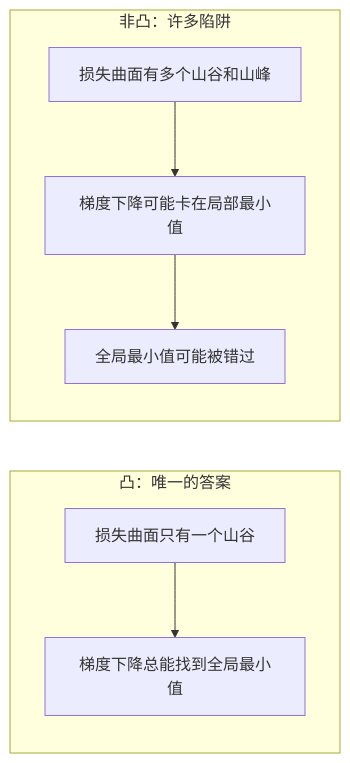
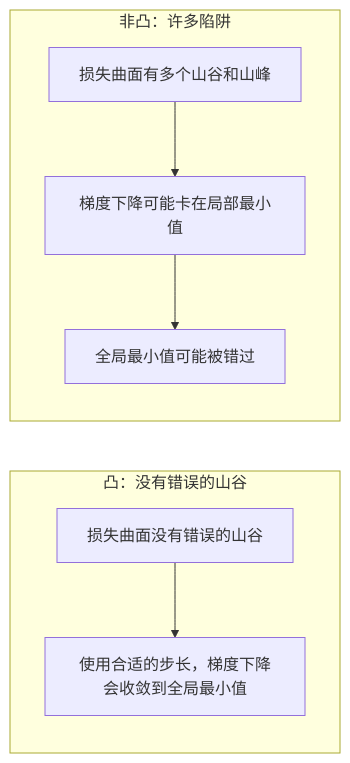
Before and after one commit to fancyboi999/ai-engineering-from-scratch-zh: the first of 4 diagrams in phases/01-math-foundations/18-convex-optimization/docs/zh.md, drawn with Mermaid. The commit also changed other lines of this file and 1619 other files, not shown here.

````diff
--- a/phases/01-math-foundations/18-convex-optimization/docs/zh.md
+++ b/phases/01-math-foundations/18-convex-optimization/docs/zh.md
@@ -96,12 +96,12 @@
 ```mermaid
 graph LR
-    subgraph "凸：唯一的答案"
+    subgraph "凸：没有错误的山谷"
         direction TB
-        C1["损失曲面只有一个山谷"] --> C2["梯度下降总能找到全局最小值"]
+        C1["损失曲面没有错误的山谷"] --> C2["使用合适的步长，梯度下降会收敛到全局最小值"]
     end
     subgraph "非凸：许多陷阱"
         direction TB
         N1["损失曲面有多个山谷和山峰"] --> N2["梯度下降可能卡在局部最小值"]
         N2 --> N3["全局最小值可能被错过"]
     end
 ```
````
